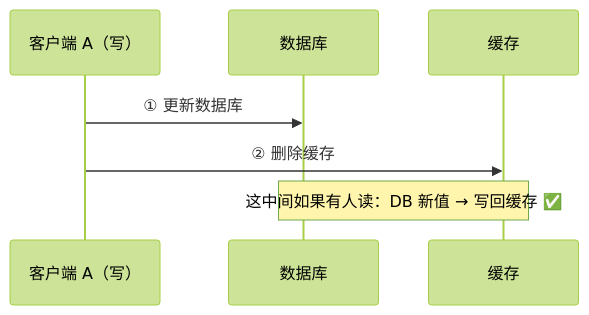
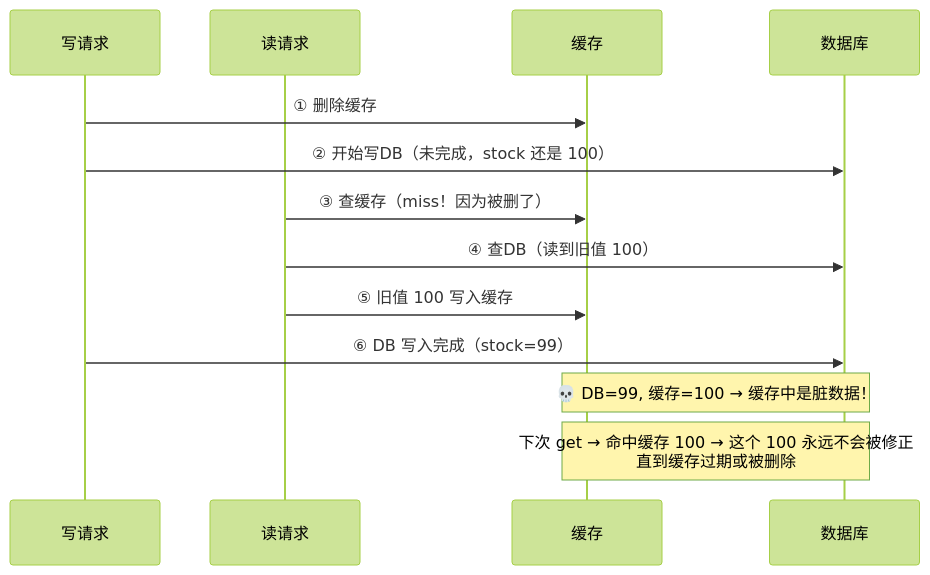
The second of 4 diagrams in content/posts/分布式/缓存一致性——数据库与缓存的最终一致性方案对比.md (guozy502/my-tech-blog), drawn with Mermaid (forest theme) before and after one commit. The commit also changed other lines of this file and 52 other files, not shown here.

````diff
--- a/content/posts/分布式/缓存一致性——数据库与缓存的最终一致性方案对比.md
+++ b/content/posts/分布式/缓存一致性——数据库与缓存的最终一致性方案对比.md
@@ -66,11 +58,19 @@
 ```mermaid
 sequenceDiagram
-    participant C1 as 客户端 A（写）
+    participant W as 写请求
+    participant R as 读请求
+    participant Cache as 缓存
     participant DB as 数据库
-    participant Cache as 缓存
     
-    C1->>DB: ① 更新数据库
-    C1->>Cache: ② 删除缓存
+    W->>Cache: ① 删除缓存
+    W->>DB: ② 开始写DB（未完成，stock 还是 100）
     
-    Note over Cache,DB: 这中间如果有人读：DB 新值 → 写回缓存 ✅
+    R->>Cache: ③ 查缓存（miss！因为被删了）
+    R->>DB: ④ 查DB（读到旧值 100）
+    R->>Cache: ⑤ 旧值 100 写入缓存
+    
+    W->>DB: ⑥ DB 写入完成（stock=99）
+    
+    Note over Cache,DB: 💀 DB=99, 缓存=100 → 缓存中是脏数据！
+    Note over Cache,DB: 下次 get → 命中缓存 100 → 这个 100 永远不会被修正<br/>直到缓存过期或被删除
 ```
````
